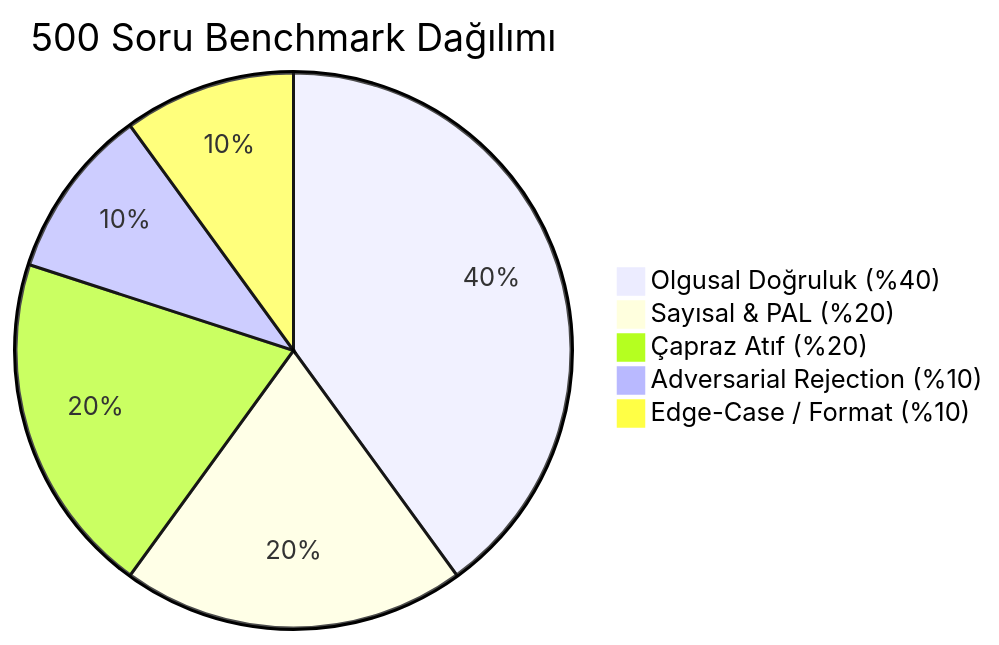
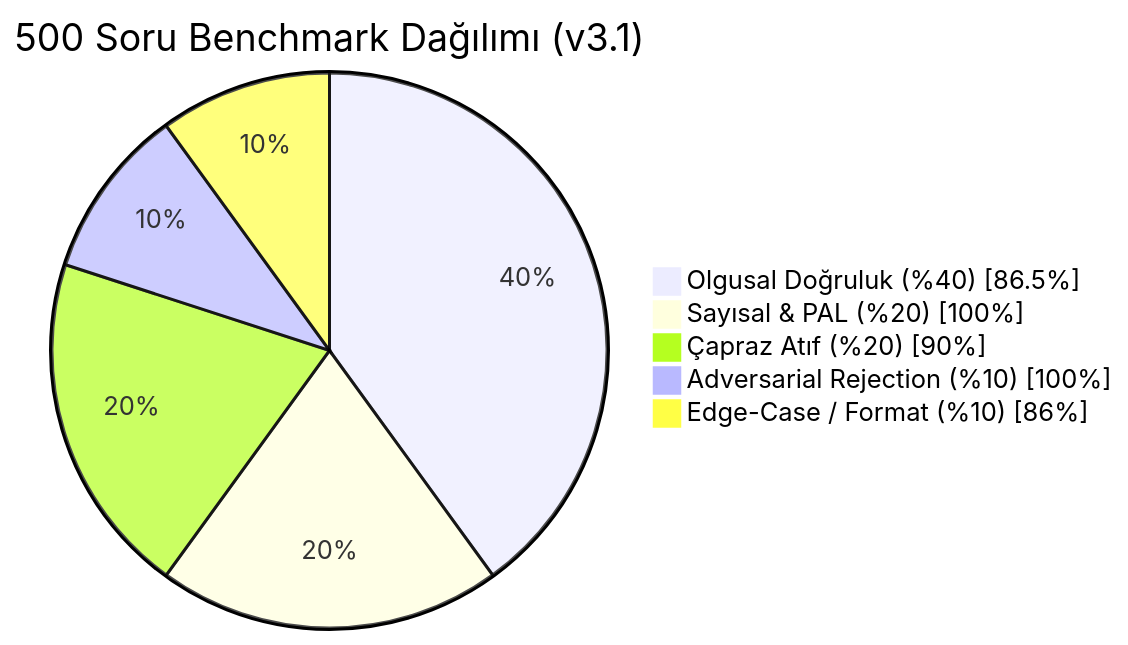
The diagram in BENCHMARK_500_REPORT.md (elifyesilyurt/Foundry-Local-Lab), drawn with Mermaid before and after one commit. The commit also changed other lines of this file and 5 other files, not shown here.

````diff
--- a/BENCHMARK_500_REPORT.md
+++ b/BENCHMARK_500_REPORT.md
@@ -27,8 +29,8 @@
 ```mermaid
-pie title 500 Soru Benchmark Dağılımı
-    "Olgusal Doğruluk (%40)" : 200
-    "Sayısal & PAL (%20)" : 100
-    "Çapraz Atıf (%20)" : 100
-    "Adversarial Rejection (%10)" : 50
-    "Edge-Case / Format (%10)" : 50
+pie title 500 Soru Benchmark Dağılımı (v3.1)
+    "Olgusal Doğruluk (%40) [86.5%]" : 200
+    "Sayısal & PAL (%20) [100%]" : 100
+    "Çapraz Atıf (%20) [90%]" : 100
+    "Adversarial Rejection (%10) [100%]" : 50
+    "Edge-Case / Format (%10) [86%]" : 50
 ```
````
